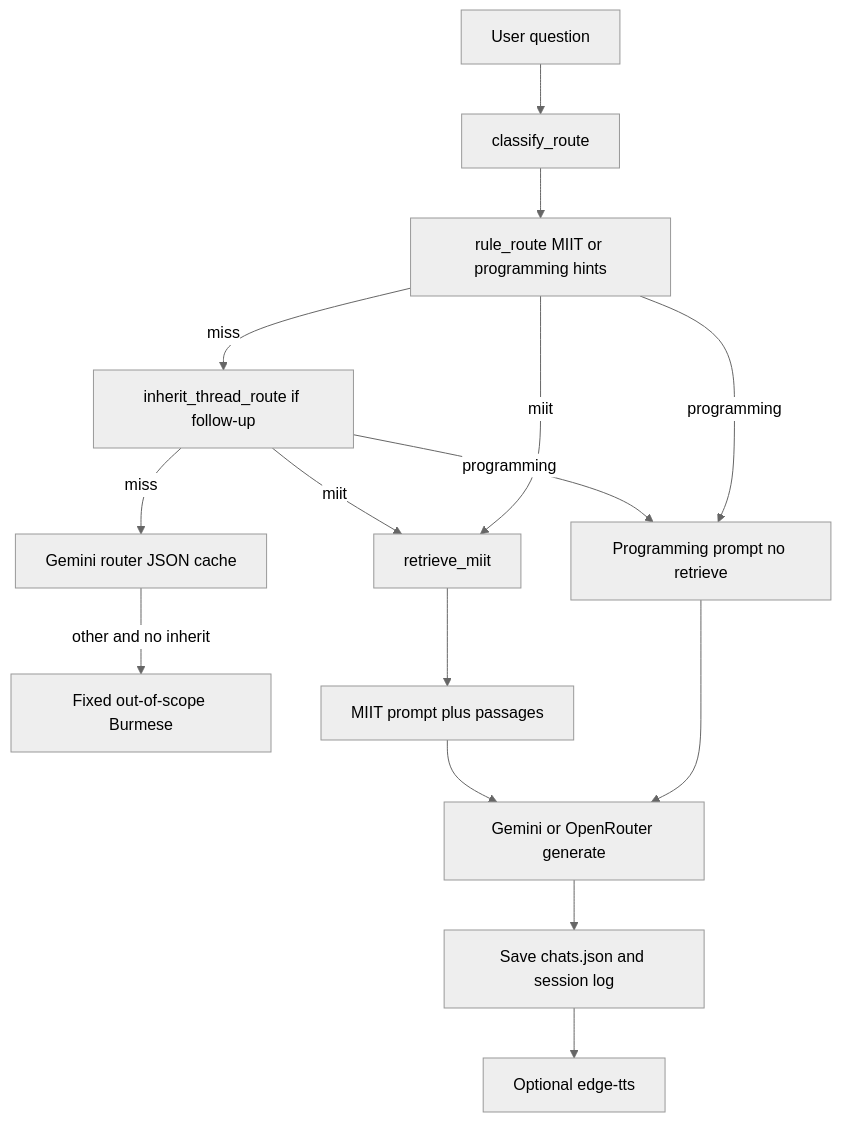
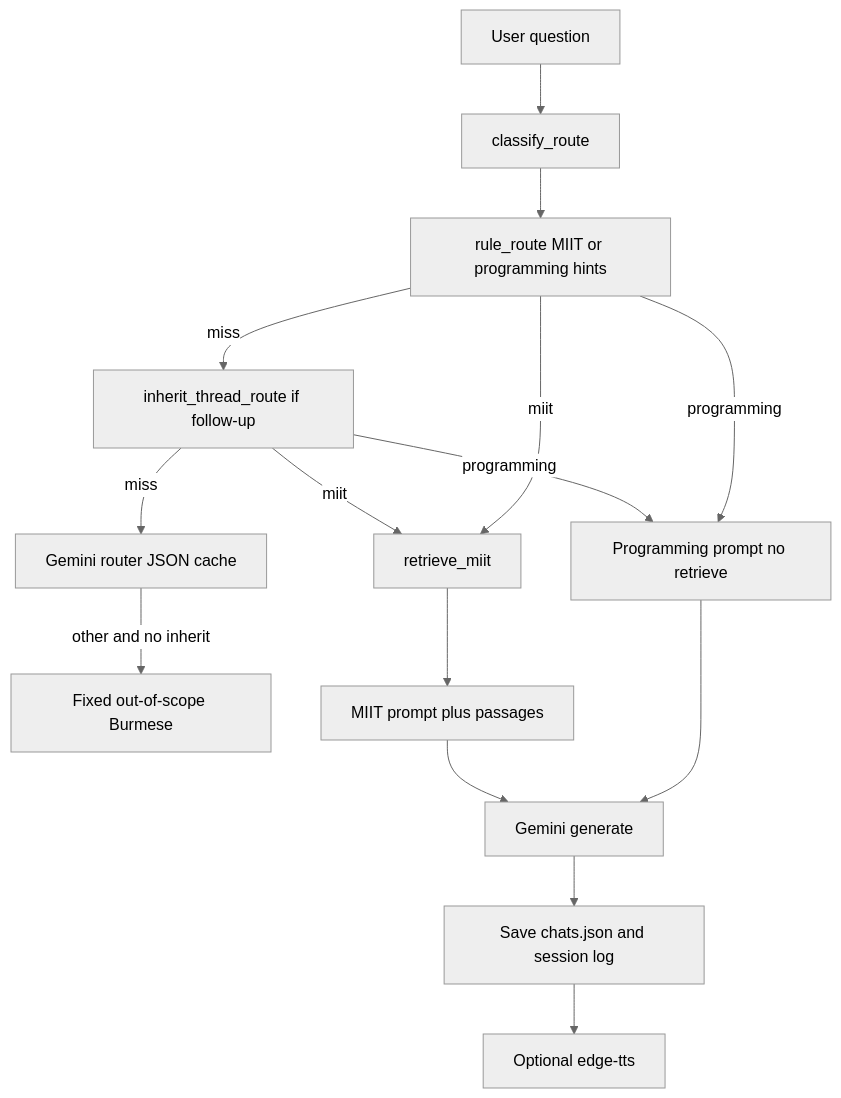
Before and after one commit to SiThuTun22/programming_burmese_tutor: the diagram in docs/WORKFLOW.md, drawn with Mermaid (neutral theme). The commit also changed other lines of this file and 39 other files, not shown here.

````diff
--- a/docs/WORKFLOW.md
+++ b/docs/WORKFLOW.md
@@ -88,17 +87,17 @@
 ```mermaid
 flowchart TD
   ask[User question] --> classify[classify_route]
   classify --> rules[rule_route MIIT or programming hints]
   rules -->|miss| inherit[inherit_thread_route if follow-up]
   inherit -->|miss| llm[Gemini router JSON cache]
   llm -->|other and no inherit| oos[Fixed out-of-scope Burmese]
   rules -->|programming| prog[Programming prompt no retrieve]
   rules -->|miit| retrieve[retrieve_miit]
   inherit -->|miit| retrieve
   inherit -->|programming| prog
   retrieve --> miitPrompt[MIIT prompt plus passages]
-  prog --> gemini[Gemini or OpenRouter generate]
+  prog --> gemini[Gemini generate]
   miitPrompt --> gemini
   gemini --> persist[Save chats.json and session log]
   persist --> ttsOptional[Optional edge-tts]
 ```
````
